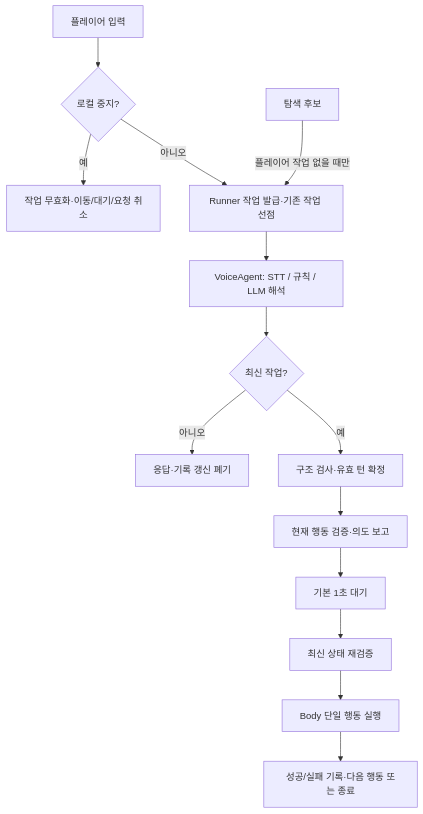
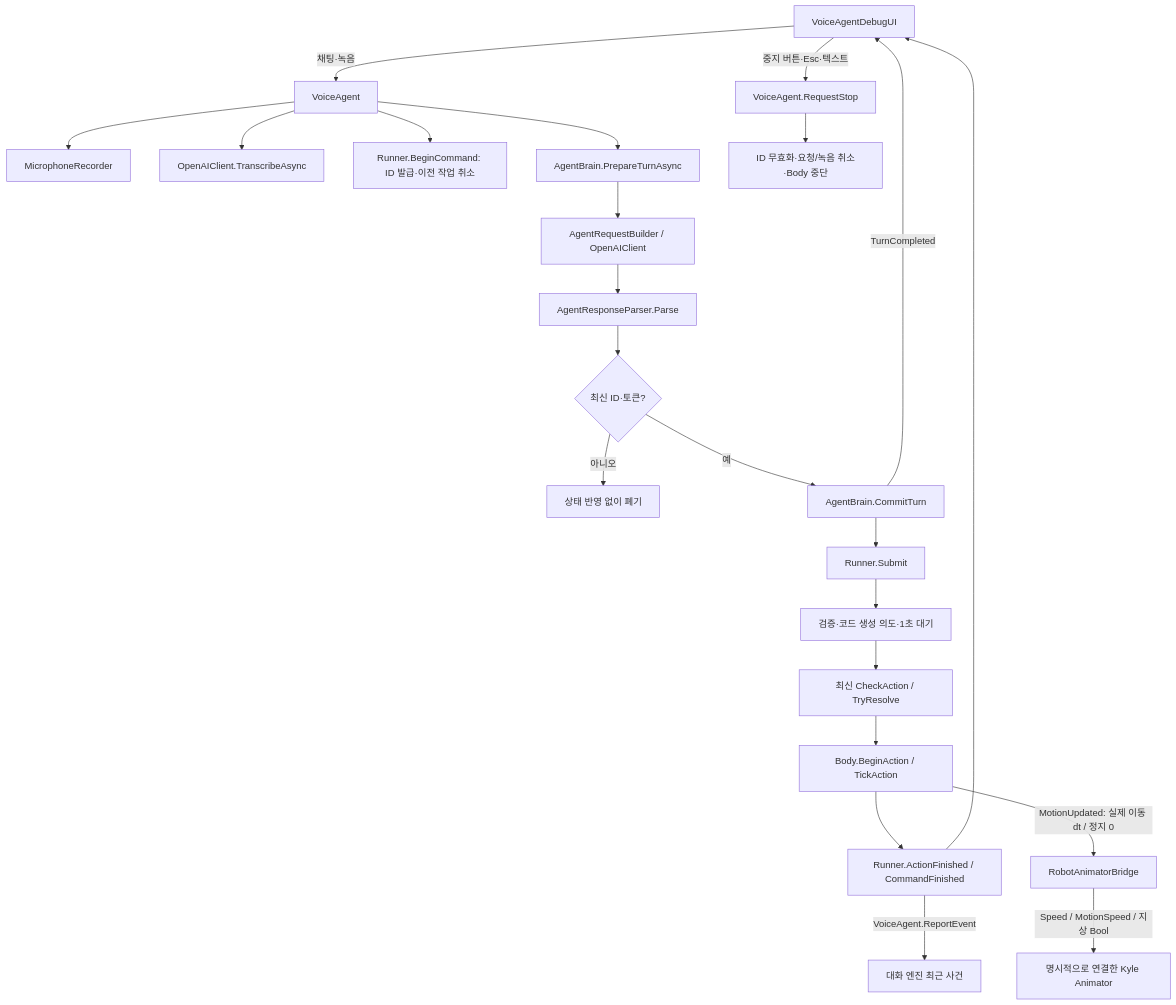
Before and after one commit to goido2211-GgG/Hanshin-University-Capstune-Design: the second of 2 diagrams in Docs/VoiceAI/ARCHITECTURE.md, drawn with Mermaid. The commit also changed other lines of this file and 32 other files, not shown here.

````diff
--- a/Docs/VoiceAI/ARCHITECTURE.md
+++ b/Docs/VoiceAI/ARCHITECTURE.md
@@ -107,16 +102,25 @@
 ```mermaid
 flowchart TD
-    INPUT[플레이어 입력] --> STOP{로컬 중지?}
-    STOP -->|예| CANCEL[작업 무효화·이동/대기/요청 취소]
-    STOP -->|아니오| RESERVE[Runner 작업 발급·기존 작업 선점]
-    RESERVE --> INTERPRET[VoiceAgent: STT / 규칙 / LLM 해석]
-    INTERPRET --> GATE{최신 작업?}
-    GATE -->|아니오| DISCARD[응답·기록 갱신 폐기]
-    GATE -->|예| COMMIT[구조 검사·유효 턴 확정]
-    COMMIT --> CHECK[현재 행동 검증·의도 보고]
-    CHECK --> WAIT[기본 1초 대기]
-    WAIT --> VALIDATE[최신 상태 재검증]
-    VALIDATE --> BODY[Body 단일 행동 실행]
-    BODY --> RESULT[성공/실패 기록·다음 행동 또는 종료]
-    AUTO[탐색 후보] -->|플레이어 작업 없을 때만| RESERVE
+    UI[VoiceAgentDebugUI] -->|채팅·녹음| VA[VoiceAgent]
+    UI -->|중지 버튼·Esc·텍스트| STOP[VoiceAgent.RequestStop]
+    VA --> REC[MicrophoneRecorder]
+    VA --> STT[OpenAIClient.TranscribeAsync]
+    VA --> BEGIN[Runner.BeginCommand: ID 발급·이전 작업 취소]
+    VA --> PREP[AgentBrain.PrepareTurnAsync]
+    PREP --> REQ[AgentRequestBuilder / OpenAIClient]
+    REQ --> PARSE[AgentResponseParser.Parse]
+    PARSE --> GATE{최신 ID·토큰?}
+    GATE -->|아니오| DROP[상태 반영 없이 폐기]
+    GATE -->|예| COMMIT[AgentBrain.CommitTurn]
+    COMMIT -->|TurnCompleted| UI
+    COMMIT --> SUBMIT[Runner.Submit]
+    SUBMIT --> INTENT[검증·코드 생성 의도·1초 대기]
+    INTENT --> CHECK[최신 CheckAction / TryResolve]
+    CHECK --> BODY[Body.BeginAction / TickAction]
+    BODY --> RESULT[Runner.ActionFinished / CommandFinished]
+    BODY -->|MotionUpdated: 실제 이동 dt / 정지 0| ANIM[RobotAnimatorBridge]
+    ANIM -->|Speed / MotionSpeed / 지상 Bool| KYLE[명시적으로 연결한 Kyle Animator]
+    RESULT --> UI
+    RESULT -->|VoiceAgent.ReportEvent| MEMORY[대화 엔진 최근 사건]
+    STOP --> CANCEL[ID 무효화·요청/녹음 취소·Body 중단]
 ```
````
